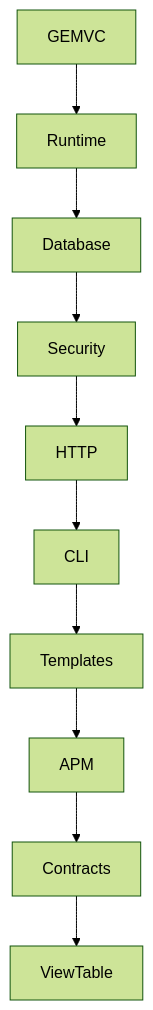
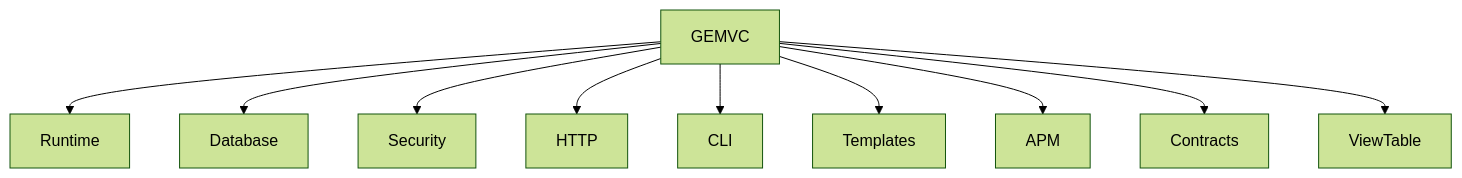
Diagram 11 of 17 in ARCHITECTURE.md (gemvc/gemvc), drawn with Mermaid (forest theme) before and after one commit. The commit also changed other lines of this file and 1 other file, not shown here.

Commit message:
fix mermaid in docs

````diff
--- a/ARCHITECTURE.md
+++ b/ARCHITECTURE.md
@@ -428,23 +279,12 @@
 ```mermaid
 flowchart TD
-
-GEMVC
-
---> Runtime
-
---> Database
-
---> Security
-
---> HTTP
-
---> CLI
-
---> Templates
-
---> APM
-
---> Contracts
-
---> ViewTable
+    GEMVC --> Runtime
+    GEMVC --> Database
+    GEMVC --> Security
+    GEMVC --> HTTP
+    GEMVC --> CLI
+    GEMVC --> Templates
+    GEMVC --> APM
+    GEMVC --> Contracts
+    GEMVC --> ViewTable
 ```
````
